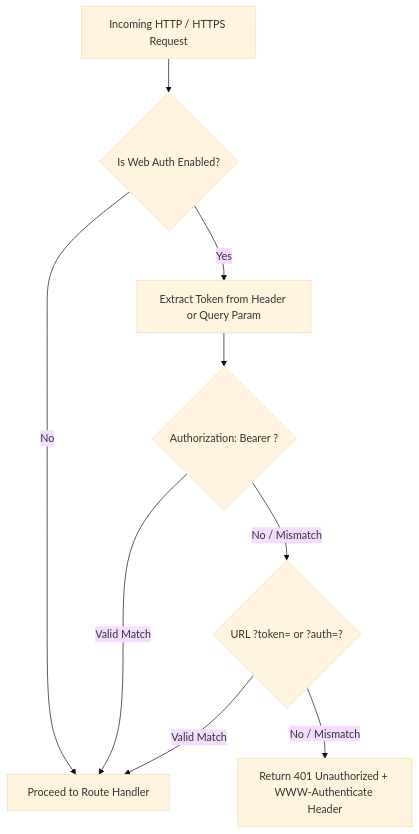
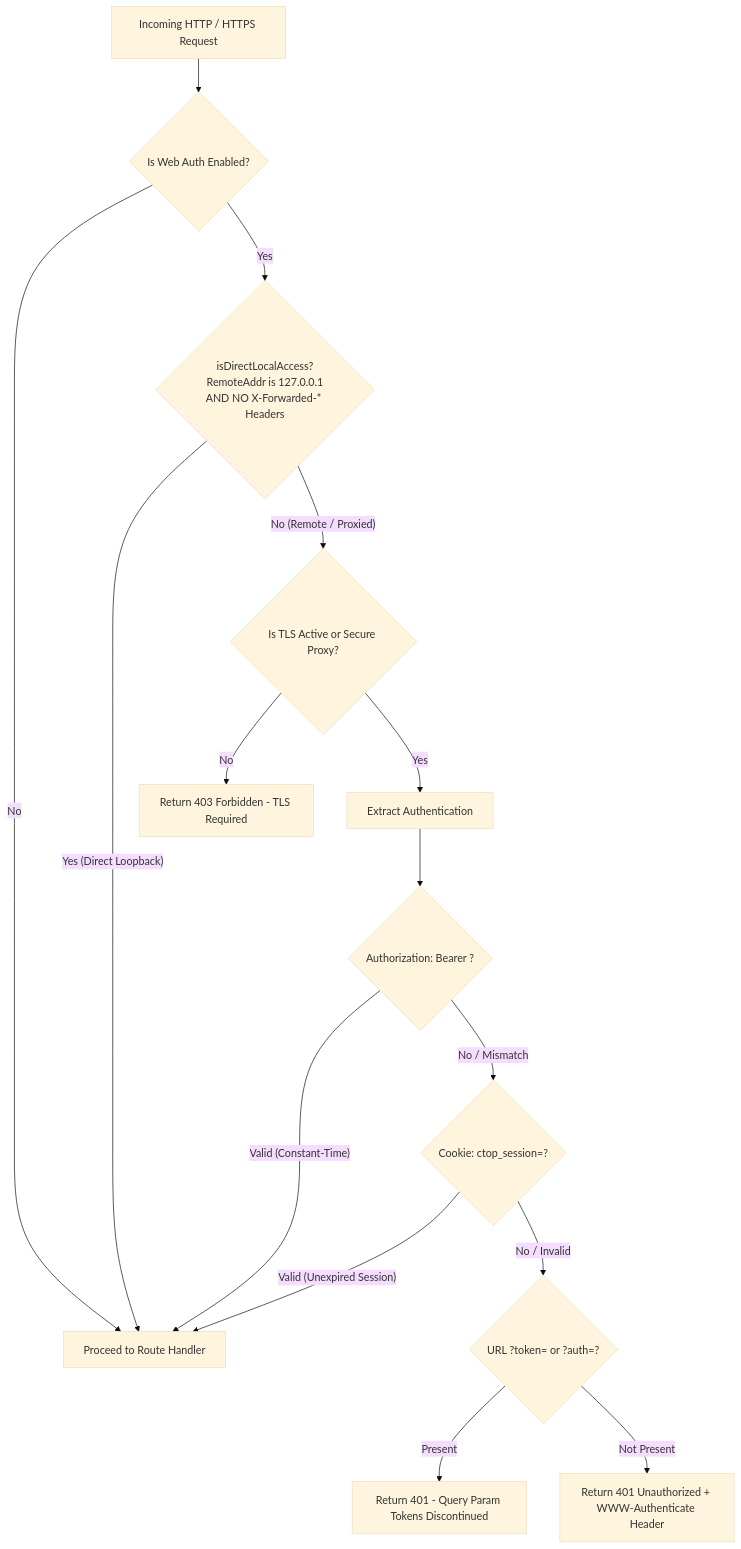
One commit to edsilegxrepo/ctop changed the diagram in docs/SECGUARD.md. Above: the diagram before and after it, drawn with Mermaid (base theme). The commit also changed other lines of this file and 55 other files, not shown here.

Commit message:
release: v0.9.3 - Web Service Inspector, 64-char token auth, NDJSON audit logging, and service management

````diff
--- a/docs/SECGUARD.md
+++ b/docs/SECGUARD.md
@@ -124,13 +185,22 @@
 ```mermaid
 flowchart TD
     Req[Incoming HTTP / HTTPS Request] --> AuthCheck{Is Web Auth Enabled?}
     AuthCheck -- No --> Allow[Proceed to Route Handler]
-    AuthCheck -- Yes --> ExtractToken[Extract Token from Header or Query Param]
+    AuthCheck -- Yes --> DirectLocalCheck{isDirectLocalAccess?<br/>RemoteAddr is 127.0.0.1<br/>AND NO X-Forwarded-* Headers}
     
-    ExtractToken --> CheckBearer{Authorization: Bearer <token>?}
-    CheckBearer -- Valid Match --> Allow
-    CheckBearer -- No / Mismatch --> CheckQuery{URL ?token= or ?auth=?}
+    DirectLocalCheck -- Yes (Direct Loopback) --> Allow
+    DirectLocalCheck -- No (Remote / Proxied) --> TLSCheck{Is TLS Active or Secure Proxy?}
     
-    CheckQuery -- Valid Match --> Allow
-    CheckQuery -- No / Mismatch --> Reject[Return 401 Unauthorized + WWW-Authenticate Header]
+    TLSCheck -- No --> Reject403[Return 403 Forbidden - TLS Required]
+    TLSCheck -- Yes --> ExtractAuth[Extract Authentication]
+    
+    ExtractAuth --> CheckBearer{Authorization: Bearer <token>?}
+    CheckBearer -- Valid (Constant-Time) --> Allow
+    CheckBearer -- No / Mismatch --> CheckCookie{Cookie: ctop_session=<valid>?}
+    
+    CheckCookie -- Valid (Unexpired Session) --> Allow
+    CheckCookie -- No / Invalid --> CheckQuery{URL ?token= or ?auth=?}
+    
+    CheckQuery -- Present --> RejectQuery[Return 401 - Query Param Tokens Discontinued]
+    CheckQuery -- Not Present --> Reject401[Return 401 Unauthorized + WWW-Authenticate Header]
 ```
````
